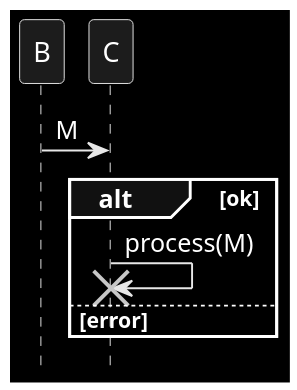
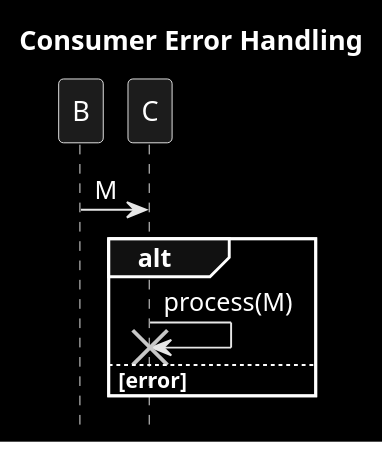
Before and after one commit to victorrentea/kafka: the diagram in patterns/6_c_errors.puml, drawn with PlantUML. The commit also changed 15 other files, not shown here.

```diff
--- a/patterns/6_c_errors.puml
+++ b/patterns/6_c_errors.puml
@@ -1,15 +1,16 @@
 @startuml
+title Consumer Error Handling
 hide footbox
 skinparam monochrome reverse
 
 B->C: M
-alt ok
+alt
     C->C!!: process(M)
 else error
 '    hnote over C: log(error)
 '    hnote over C: retry N times \n + max time
 '    C->B: M to DLQ
 '    C->B: ErrorM
 end
 
 @enduml
```
